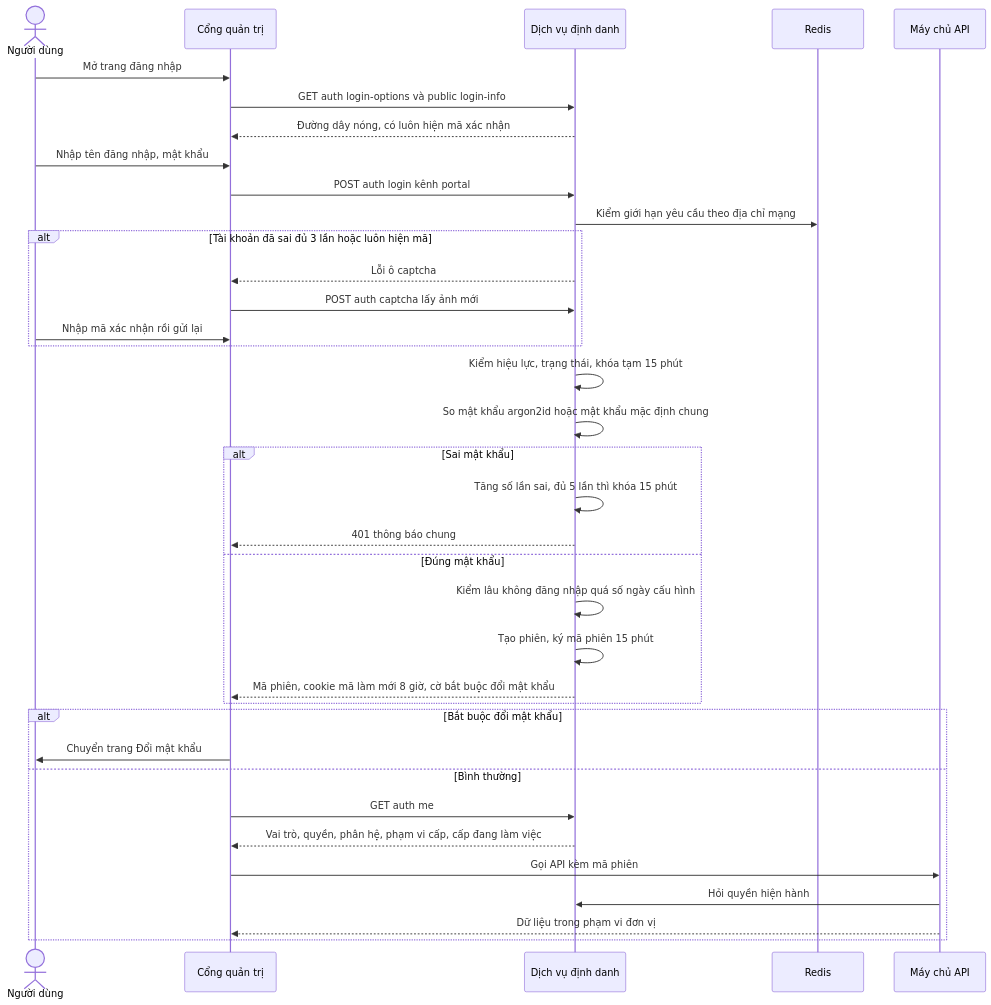
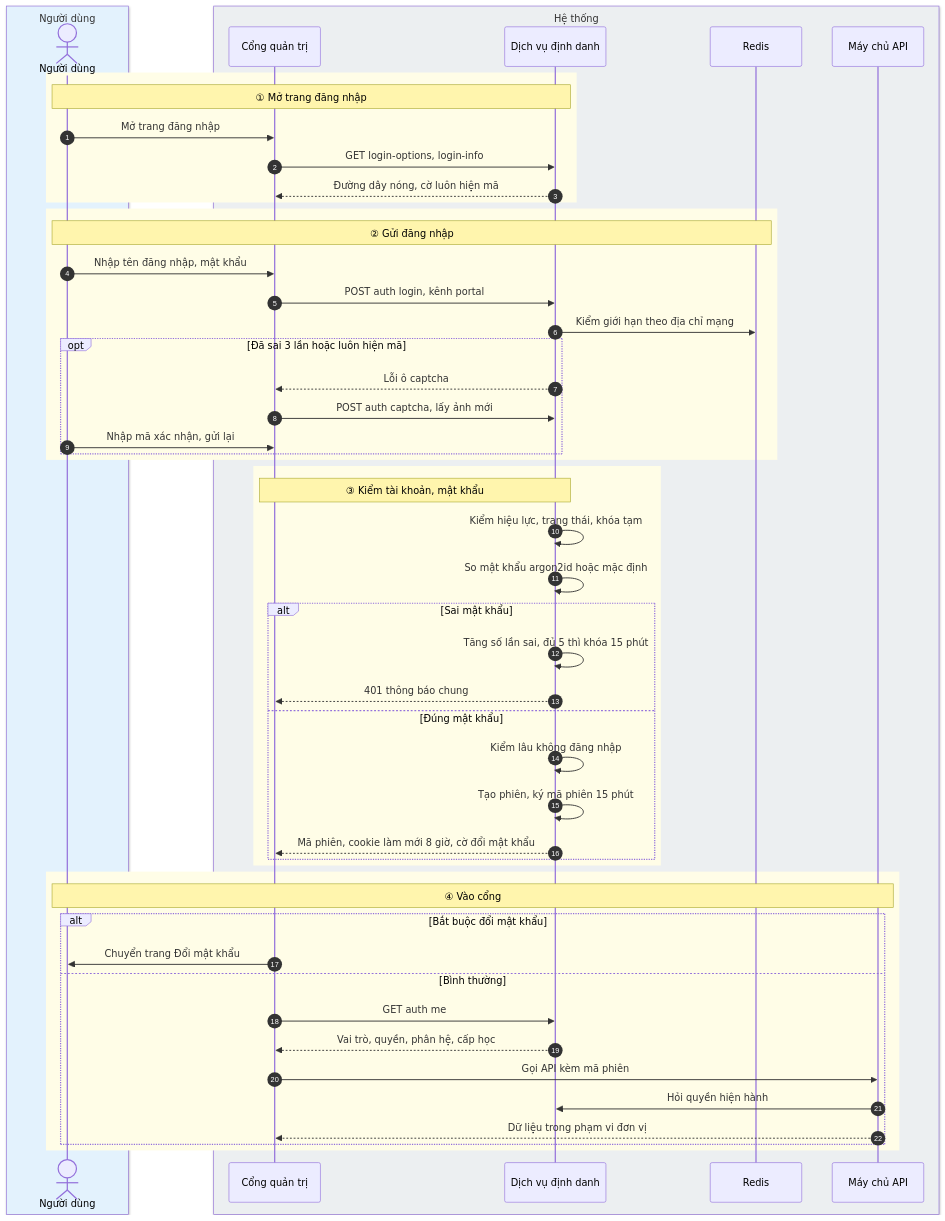
One commit to luckyshopvn/school_management changed the second of 6 diagrams in tai_lieu/34_TONG_HOP_CHUC_NANG_HE_THONG/01_TONG_QUAN_VA_NEN_TANG.md. Above: the diagram before and after it, drawn with Mermaid. The commit also changed other lines of this file and 8 other files, not shown here.

First line of the commit message:
Tài liệu 34: vẽ lại toàn bộ sơ đồ cho trực quan, thêm bản PDF gộp

````diff
--- a/tai_lieu/34_TONG_HOP_CHUC_NANG_HE_THONG/01_TONG_QUAN_VA_NEN_TANG.md
+++ b/tai_lieu/34_TONG_HOP_CHUC_NANG_HE_THONG/01_TONG_QUAN_VA_NEN_TANG.md
@@ -323,38 +342,55 @@
 ```mermaid
 sequenceDiagram
-  actor ND as Người dùng
-  participant CT as Cổng quản trị
-  participant DD as Dịch vụ định danh
-  participant RD as Redis
-  participant API as Máy chủ API
-  ND->>CT: Mở trang đăng nhập
-  CT->>DD: GET auth login-options và public login-info
-  DD-->>CT: Đường dây nóng, có luôn hiện mã xác nhận
-  ND->>CT: Nhập tên đăng nhập, mật khẩu
-  CT->>DD: POST auth login kênh portal
-  DD->>RD: Kiểm giới hạn yêu cầu theo địa chỉ mạng
-  alt Tài khoản đã sai đủ 3 lần hoặc luôn hiện mã
-    DD-->>CT: Lỗi ô captcha
-    CT->>DD: POST auth captcha lấy ảnh mới
-    ND->>CT: Nhập mã xác nhận rồi gửi lại
+  autonumber
+  box rgb(227,242,253) Người dùng
+    actor ND as Người dùng
   end
-  DD->>DD: Kiểm hiệu lực, trạng thái, khóa tạm 15 phút
-  DD->>DD: So mật khẩu argon2id hoặc mật khẩu mặc định chung
-  alt Sai mật khẩu
-    DD->>DD: Tăng số lần sai, đủ 5 lần thì khóa 15 phút
-    DD-->>CT: 401 thông báo chung
-  else Đúng mật khẩu
-    DD->>DD: Kiểm lâu không đăng nhập quá số ngày cấu hình
-    DD->>DD: Tạo phiên, ký mã phiên 15 phút
-    DD-->>CT: Mã phiên, cookie mã làm mới 8 giờ, cờ bắt buộc đổi mật khẩu
+  box rgb(236,239,241) Hệ thống
+    participant CT as Cổng quản trị
+    participant DD as Dịch vụ định danh
+    participant RD as Redis
+    participant API as Máy chủ API
   end
-  alt Bắt buộc đổi mật khẩu
-    CT->>ND: Chuyển trang Đổi mật khẩu
-  else Bình thường
-    CT->>DD: GET auth me
-    DD-->>CT: Vai trò, quyền, phân hệ, phạm vi cấp, cấp đang làm việc
-    CT->>API: Gọi API kèm mã phiên
-    API->>DD: Hỏi quyền hiện hành
-    API-->>CT: Dữ liệu trong phạm vi đơn vị
+  rect rgb(255,253,231)
+    Note over ND,DD: ① Mở trang đăng nhập
+    ND->>CT: Mở trang đăng nhập
+    CT->>DD: GET login-options, login-info
+    DD-->>CT: Đường dây nóng, cờ luôn hiện mã
+  end
+  rect rgb(255,253,231)
+    Note over ND,RD: ② Gửi đăng nhập
+    ND->>CT: Nhập tên đăng nhập, mật khẩu
+    CT->>DD: POST auth login, kênh portal
+    DD->>RD: Kiểm giới hạn theo địa chỉ mạng
+    opt Đã sai 3 lần hoặc luôn hiện mã
+      DD-->>CT: Lỗi ô captcha
+      CT->>DD: POST auth captcha, lấy ảnh mới
+      ND->>CT: Nhập mã xác nhận, gửi lại
+    end
+  end
+  rect rgb(255,253,231)
+    Note over CT,DD: ③ Kiểm tài khoản, mật khẩu
+    DD->>DD: Kiểm hiệu lực, trạng thái, khóa tạm
+    DD->>DD: So mật khẩu argon2id hoặc mặc định
+    alt Sai mật khẩu
+      DD->>DD: Tăng số lần sai, đủ 5 thì khóa 15 phút
+      DD-->>CT: 401 thông báo chung
+    else Đúng mật khẩu
+      DD->>DD: Kiểm lâu không đăng nhập
+      DD->>DD: Tạo phiên, ký mã phiên 15 phút
+      DD-->>CT: Mã phiên, cookie làm mới 8 giờ, cờ đổi mật khẩu
+    end
+  end
+  rect rgb(255,253,231)
+    Note over ND,API: ④ Vào cổng
+    alt Bắt buộc đổi mật khẩu
+      CT->>ND: Chuyển trang Đổi mật khẩu
+    else Bình thường
+      CT->>DD: GET auth me
+      DD-->>CT: Vai trò, quyền, phân hệ, cấp học
+      CT->>API: Gọi API kèm mã phiên
+      API->>DD: Hỏi quyền hiện hành
+      API-->>CT: Dữ liệu trong phạm vi đơn vị
+    end
   end
 ```
````
